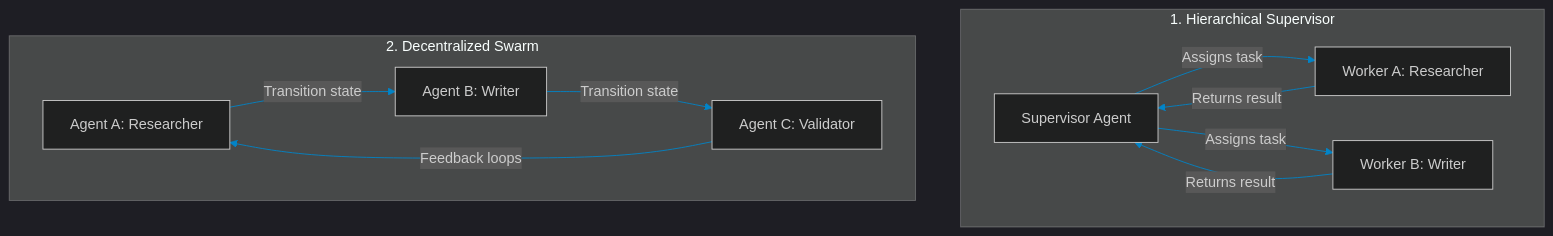
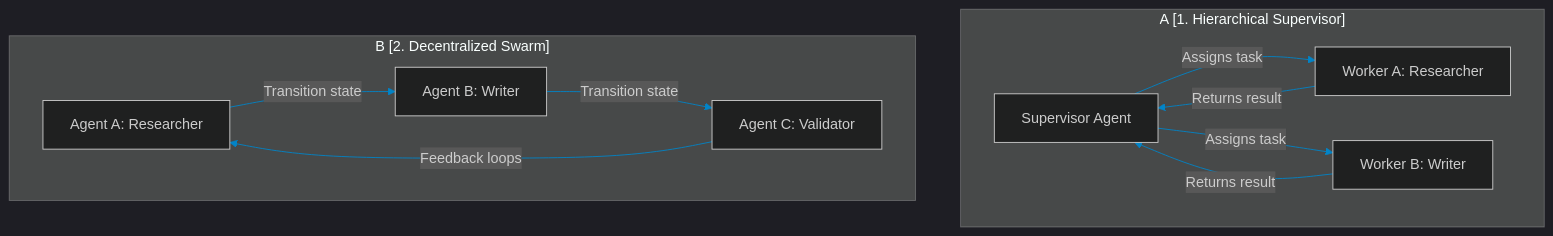
Before and after one commit to akmalkhaniub/akmalkhaniub.github.io: the diagram in blog/posts/agentic-swarms-vs-hierarchical-orchestrator-topologies.md, drawn with Mermaid. The commit also changed 600 other files, not shown here.

Commit message:
fix(blog): resolve Mermaid v10 syntax errors across Figure 1 and publication subgraphs

````diff
--- a/blog/posts/agentic-swarms-vs-hierarchical-orchestrator-topologies.md
+++ b/blog/posts/agentic-swarms-vs-hierarchical-orchestrator-topologies.md
@@ -15,16 +15,16 @@
 ```mermaid
 %%{init: {'theme': 'dark', 'themeVariables': { 'primaryColor': '#0284c7', 'primaryTextColor': '#f3f4f6', 'primaryBorderColor': '#38bdf8', 'lineColor': '#0284c7', 'secondaryColor': '#111827', 'tertiaryColor': '#0b0f19'}}}%%
 flowchart TD
-    subgraph A [1. Hierarchical Supervisor]
+    subgraph SG1_A1Hierarchical ["A [1. Hierarchical Supervisor]"]
         Sup[Supervisor Agent] -->|Assigns task| W1[Worker A: Researcher]
         W1 -->|Returns result| Sup
         Sup -->|Assigns task| W2[Worker B: Writer]
         W2 -->|Returns result| Sup
     end
 
-    subgraph B [2. Decentralized Swarm]
+    subgraph SG2_B2Decentralized ["B [2. Decentralized Swarm]"]
         S1[Agent A: Researcher] -->|Transition state| S2[Agent B: Writer]
         S2 -->|Transition state| S3[Agent C: Validator]
         S3 -->|Feedback loops| S1
     end
 ```
````
